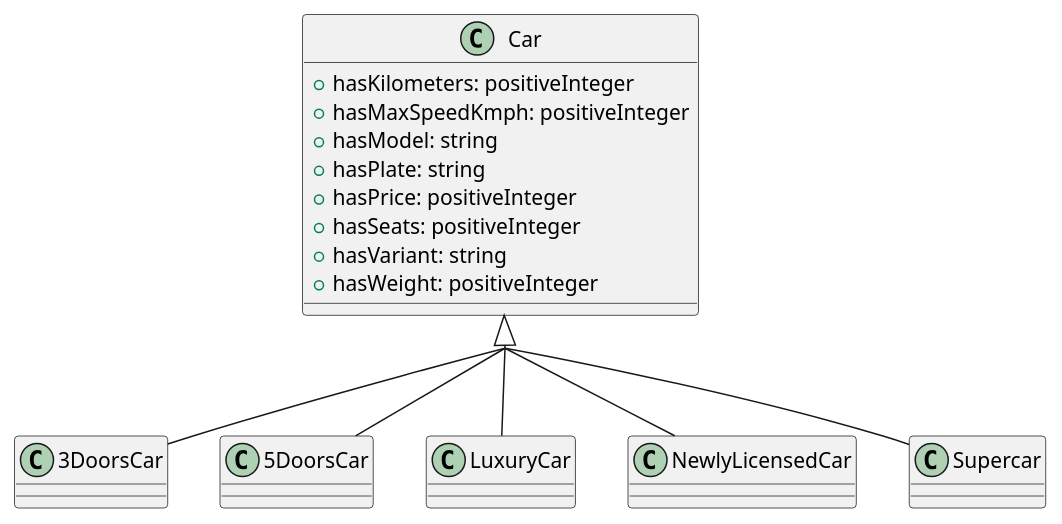
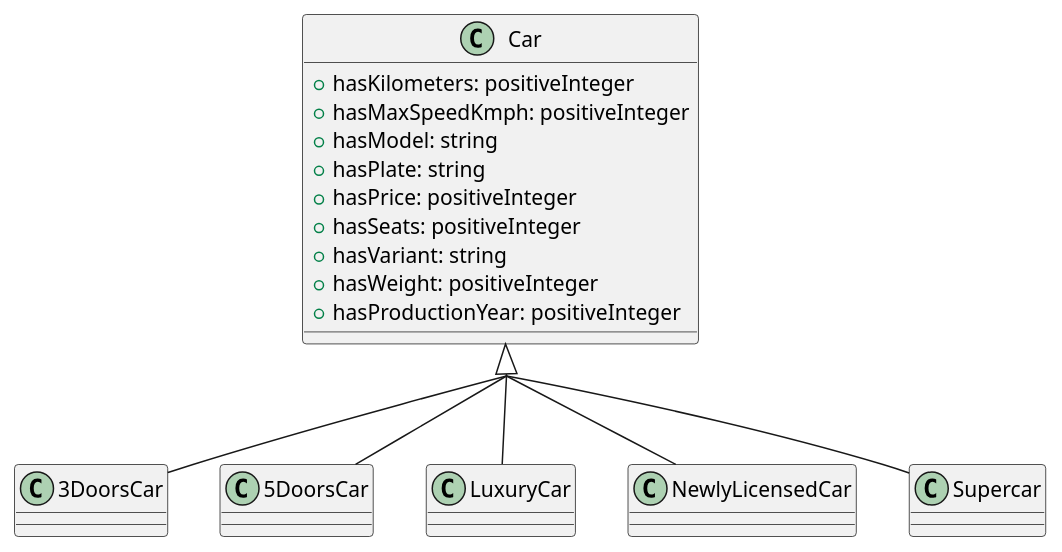
The diagram in docs/diagrams/carpedia-car.puml (FilippoVissani/carpedia), drawn with PlantUML before and after one commit. The commit also changed 2 other files, not shown here.

```diff
--- a/docs/diagrams/carpedia-car.puml
+++ b/docs/diagrams/carpedia-car.puml
@@ -1,27 +1,28 @@
 @startuml
 skinparam groupInheritance 2
 
 class Car {
     + hasKilometers: positiveInteger
     + hasMaxSpeedKmph: positiveInteger
     + hasModel: string
     + hasPlate: string
     + hasPrice: positiveInteger
     + hasSeats: positiveInteger
     + hasVariant: string
     + hasWeight: positiveInteger
+    + hasProductionYear: positiveInteger
 }
 
 class 3DoorsCar
 class 5DoorsCar
 class LuxuryCar
 class NewlyLicensedCar
 class Supercar
 
 Car <|-- 3DoorsCar
 Car <|-- 5DoorsCar
 Car <|-- LuxuryCar
 Car <|-- NewlyLicensedCar
 Car <|-- Supercar
 
 @enduml
```
